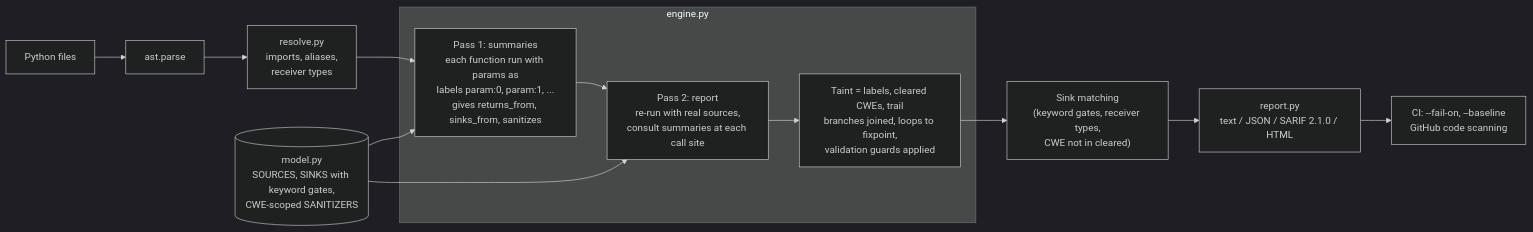
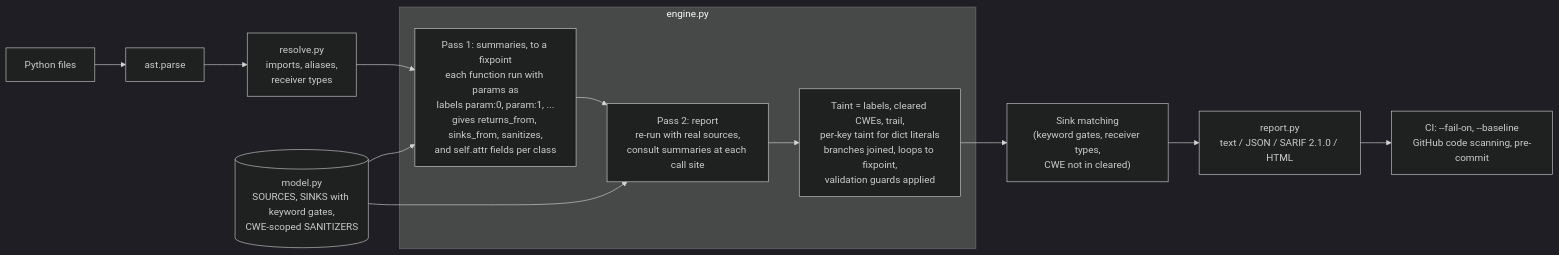
The first of 2 diagrams in README.md (samiali38183/sinkline), drawn with Mermaid (dark theme) before and after one commit. The commit also changed other lines of this file and 3 other files, not shown here.

````diff
--- a/README.md
+++ b/README.md
@@ -55,16 +59,16 @@
 ```mermaid
 flowchart LR
     F["Python files"] --> P["ast.parse"]
     P --> R["resolve.py<br/>imports, aliases,<br/>receiver types"]
     M[("model.py<br/>SOURCES, SINKS with keyword gates,<br/>CWE-scoped SANITIZERS")]
     R --> P1
     subgraph ENG["engine.py"]
-        P1["Pass 1: summaries<br/>each function run with params as<br/>labels param:0, param:1, ...<br/>gives returns_from, sinks_from, sanitizes"] --> P2["Pass 2: report<br/>re-run with real sources,<br/>consult summaries at each call site"]
-        P2 --> T["Taint = labels, cleared CWEs, trail<br/>branches joined, loops to fixpoint,<br/>validation guards applied"]
+        P1["Pass 1: summaries, to a fixpoint<br/>each function run with params as<br/>labels param:0, param:1, ...<br/>gives returns_from, sinks_from, sanitizes,<br/>and self.attr fields per class"] --> P2["Pass 2: report<br/>re-run with real sources,<br/>consult summaries at each call site"]
+        P2 --> T["Taint = labels, cleared CWEs, trail,<br/>per-key taint for dict literals<br/>branches joined, loops to fixpoint,<br/>validation guards applied"]
     end
     M --> P1
     M --> P2
     T --> S["Sink matching<br/>(keyword gates, receiver types,<br/>CWE not in cleared)"]
     S --> O["report.py<br/>text / JSON / SARIF 2.1.0 / HTML"]
-    O --> C["CI: --fail-on, --baseline<br/>GitHub code scanning"]
+    O --> C["CI: --fail-on, --baseline<br/>GitHub code scanning, pre-commit"]
 ```
````
